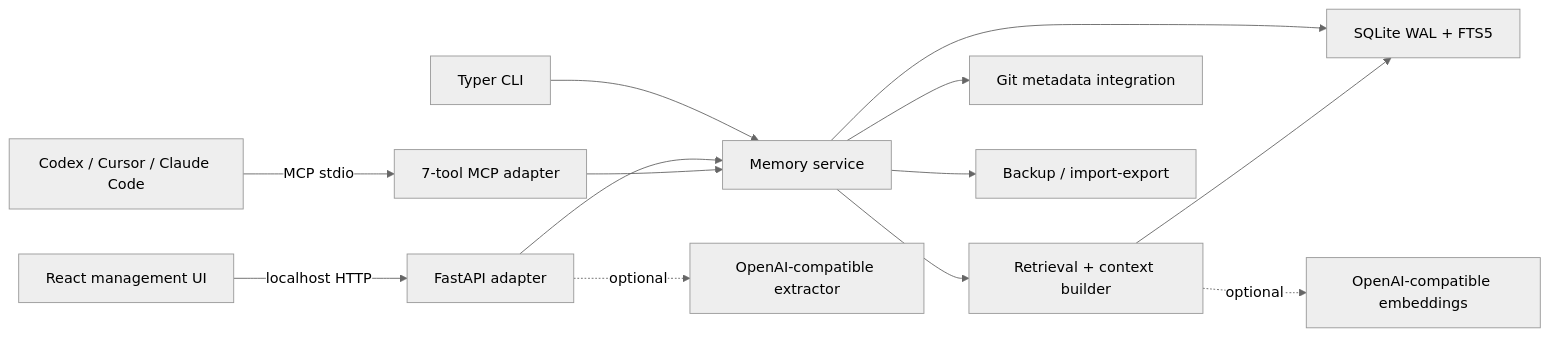
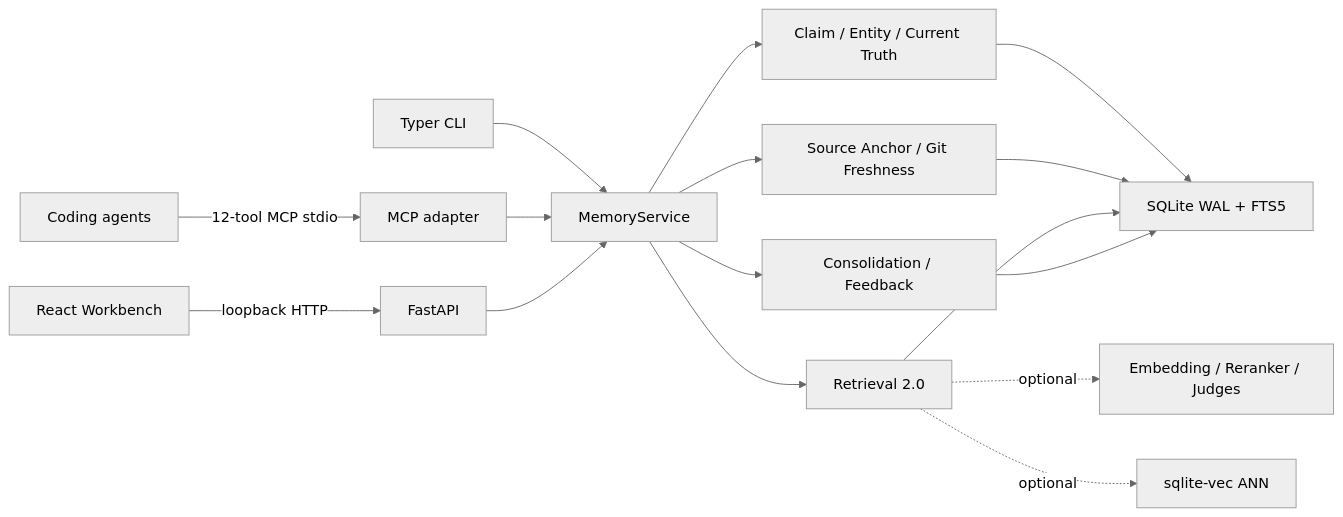
The first of 2 diagrams in ARCHITECTURE.md (tianhao8687/MemoryOS), drawn with Mermaid (neutral theme) before and after one commit. The commit also changed other lines of this file and 98 other files, not shown here.

````diff
--- a/ARCHITECTURE.md
+++ b/ARCHITECTURE.md
@@ -11,15 +11,18 @@
 ```mermaid
 flowchart LR
-    C1["Codex / Cursor / Claude Code"] -->|"MCP stdio"| MCP["7-tool MCP adapter"]
-    CLI["Typer CLI"] --> SVC["Memory service"]
-    UI["React management UI"] -->|"localhost HTTP"| API["FastAPI adapter"]
-    API --> SVC
-    MCP --> SVC
-    SVC --> RET["Retrieval + context builder"]
-    SVC --> GIT["Git metadata integration"]
-    SVC --> BAK["Backup / import-export"]
-    SVC --> DB["SQLite WAL + FTS5"]
-    RET --> DB
-    RET -. "optional" .-> EMB["OpenAI-compatible embeddings"]
-    API -. "optional" .-> EXT["OpenAI-compatible extractor"]
+    Agents["Coding agents"] -->|"12-tool MCP stdio"| MCP["MCP adapter"]
+    CLI["Typer CLI"] --> Service["MemoryService"]
+    UI["React Workbench"] -->|"loopback HTTP"| API["FastAPI"]
+    MCP --> Service
+    API --> Service
+    Service --> Truth["Claim / Entity / Current Truth"]
+    Service --> Fresh["Source Anchor / Git Freshness"]
+    Service --> Retrieval["Retrieval 2.0"]
+    Service --> Consolidation["Consolidation / Feedback"]
+    Truth --> DB["SQLite WAL + FTS5"]
+    Fresh --> DB
+    Retrieval --> DB
+    Consolidation --> DB
+    Retrieval -. optional .-> Providers["Embedding / Reranker / Judges"]
+    Retrieval -. optional .-> ANN["sqlite-vec ANN"]
 ```
````
